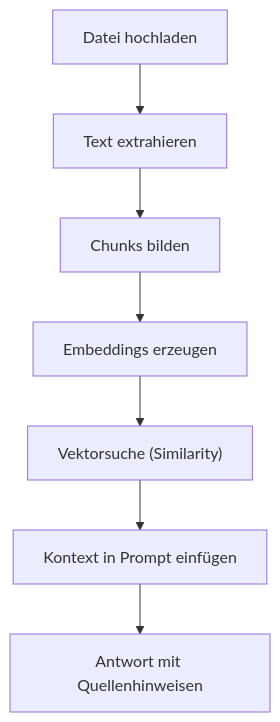
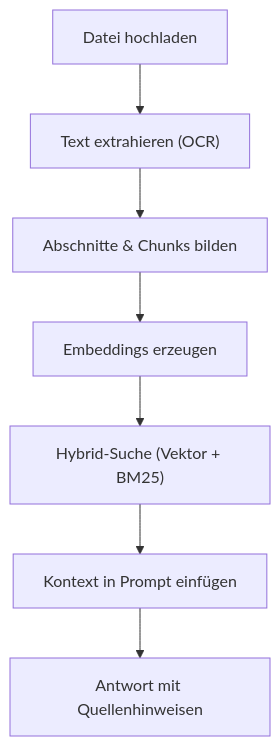
Before and after one commit to christian-rost/xqt5-ai-plattform: the third of 5 diagrams in docs/ANWENDER-DOKUMENT.md, drawn with Mermaid. The commit also changed other lines of this file and 1 other file, not shown here.

````diff
--- a/docs/ANWENDER-DOKUMENT.md
+++ b/docs/ANWENDER-DOKUMENT.md
@@ -96,9 +98,9 @@
 ```mermaid
 flowchart TD
-    A["Datei hochladen"] --> B["Text extrahieren"]
-    B --> C["Chunks bilden"]
+    A["Datei hochladen"] --> B["Text extrahieren (OCR)"]
+    B --> C["Abschnitte & Chunks bilden"]
     C --> D["Embeddings erzeugen"]
-    D --> E["Vektorsuche (Similarity)"]
+    D --> E["Hybrid-Suche (Vektor + BM25)"]
     E --> F["Kontext in Prompt einfügen"]
     F --> G["Antwort mit Quellenhinweisen"]
 ```
````
